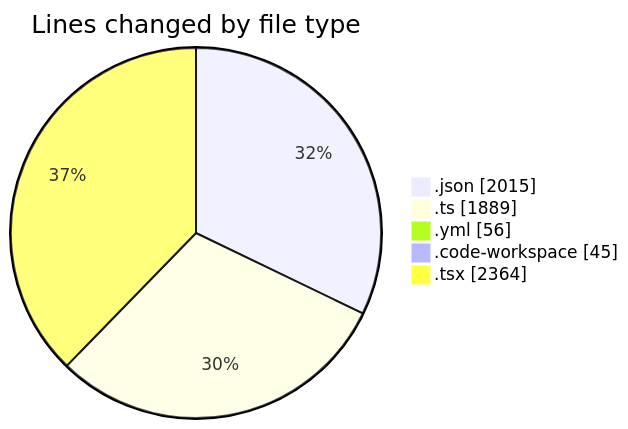
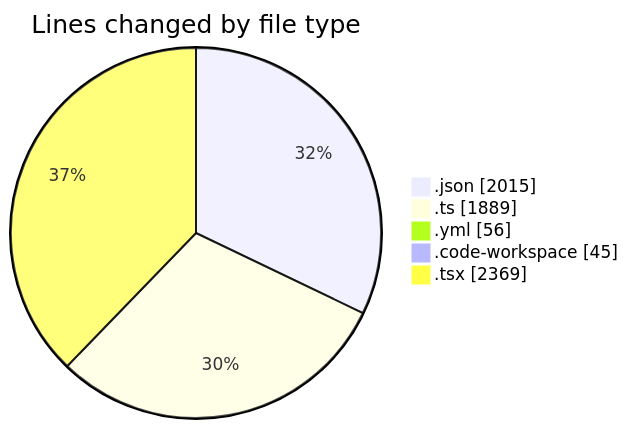
The first of 2 diagrams in 2025-11-25/eventscop-frontend-guide__workspace_/README.md (julien-gomy/code-tracking), drawn with Mermaid before and after one commit. The commit also changed other lines of this file and 1 other file, not shown here.

````diff
--- a/2025-11-25/eventscop-frontend-guide__workspace_/README.md
+++ b/2025-11-25/eventscop-frontend-guide__workspace_/README.md
@@ -43,9 +43,9 @@
 ```mermaid
 pie showData
 title Lines changed by file type
 ".json" : 2015
 ".ts" : 1889
 ".yml" : 56
 ".code-workspace" : 45
-".tsx" : 2364
+".tsx" : 2369
 ```
````
